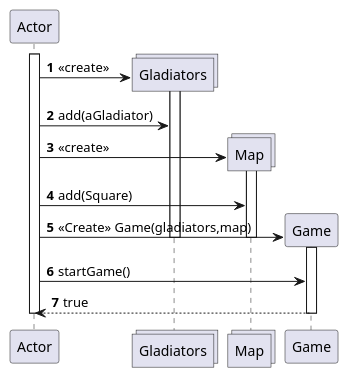
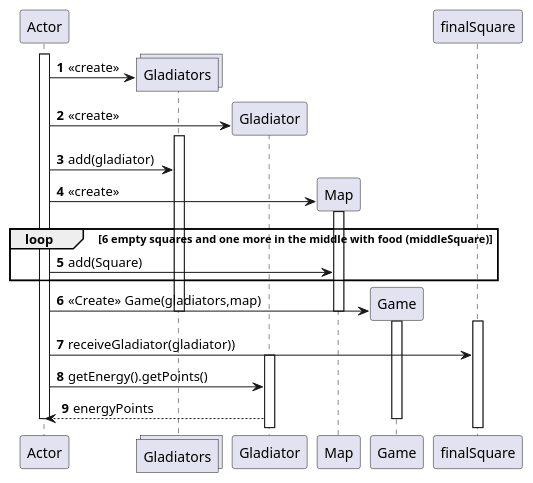
One commit to PabloGCH/tp2-algo3 changed the diagram in diagrams/sequences/useCase09.puml. Above: the diagram before and after it, drawn with PlantUML.

Commit message:
Sequence diagram 9

```diff
--- a/diagrams/sequences/useCase09.puml
+++ b/diagrams/sequences/useCase09.puml
@@ -1,30 +1,36 @@
 @startuml
 
 autonumber
 
 activate Actor
 
 actor Actor
 create collections Gladiators
 Actor -> Gladiators: <<create>>
+create Gladiator
+Actor -> Gladiator: <<create>>
 activate Gladiators
-Actor -> Gladiators:add(aGladiator)
+Actor -> Gladiators:add(gladiator)
 
 
-create collections Map
+create Map
 Actor -> Map: <<create>>
+loop  6 empty squares and one more in the middle with food (middleSquare)
 activate Map
 Actor -> Map: add(Square)
-
+end loop
 create Game
 Actor -> Game : <<Create>> Game(gladiators,map)
 activate Game
 deactivate Gladiators
 deactivate Map
-Actor -> Game : startGame()
-Game --> Actor : true
+activate finalSquare
+Actor -> finalSquare: receiveGladiator(gladiator))
+activate Gladiator
+Actor -> Gladiator: getEnergy().getPoints()
+Gladiator --> Actor: energyPoints
 deactivate Game
 
 deactivate Actor
 
 @enduml
```
